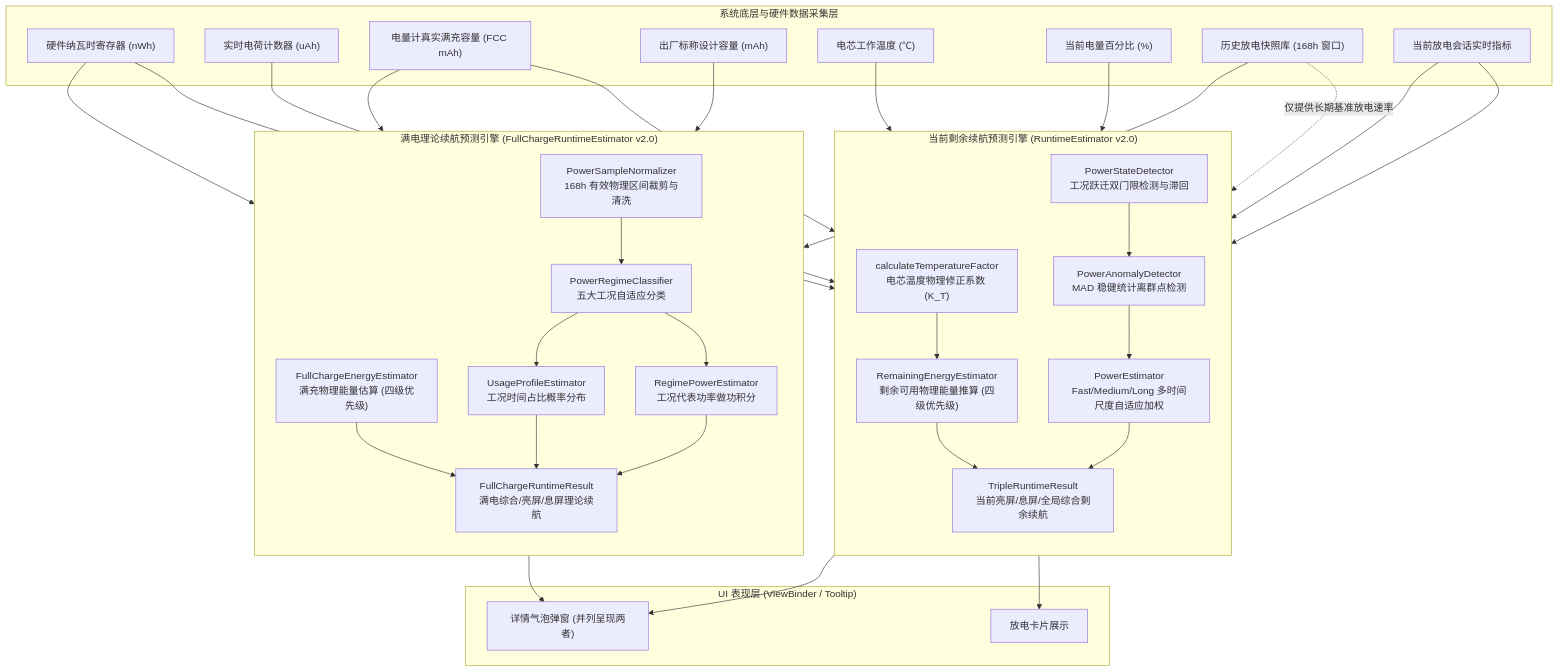
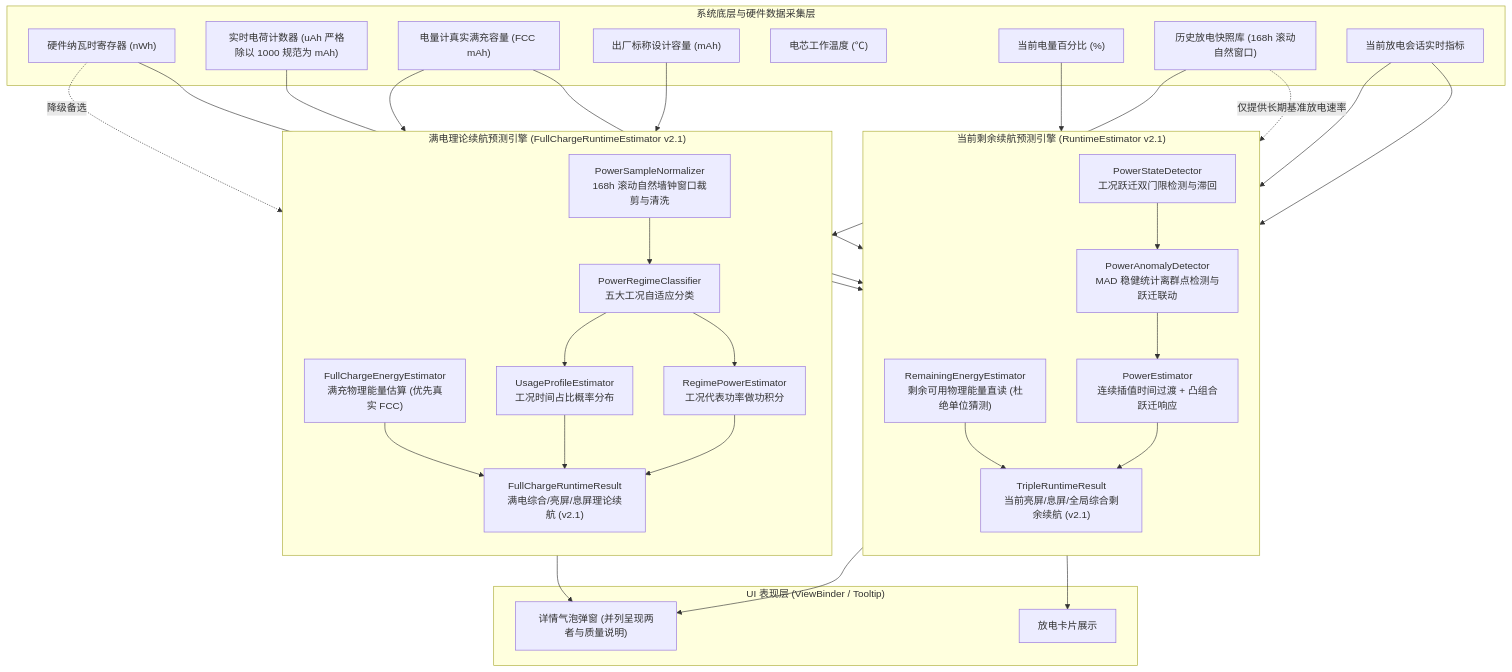
One commit to Megu-Xm1kah/Battery changed the diagram in docs/BATTERY_RUNTIME_ALGORITHM_SPECIFICATION.md. Above: the diagram before and after it, drawn with Mermaid. The commit also changed other lines of this file and 32 other files, not shown here.

````diff
--- a/docs/BATTERY_RUNTIME_ALGORITHM_SPECIFICATION.md
+++ b/docs/BATTERY_RUNTIME_ALGORITHM_SPECIFICATION.md
@@ -31,64 +31,61 @@
 ```mermaid
 flowchart TD
     subgraph DataSources["系统底层与硬件数据采集层"]
         NativeWh["硬件纳瓦时寄存器 (nWh)"]
-        ChargeCounter["实时电荷计数器 (uAh)"]
+        ChargeCounter["实时电荷计数器 (uAh 严格除以 1000 规范为 mAh)"]
         SysFCC["电量计真实满充容量 (FCC mAh)"]
         DesignCap["出厂标称设计容量 (mAh)"]
         BattTemp["电芯工作温度 (℃)"]
         BattLevel["当前电量百分比 (%)"]
-        DischargeRecords["历史放电快照库 (168h 窗口)"]
+        DischargeRecords["历史放电快照库 (168h 滚动自然窗口)"]
         CurrentSession["当前放电会话实时指标"]
     end
 
-    subgraph FullChargeBranch["满电理论续航预测引擎 (FullChargeRuntimeEstimator v2.0)"]
+    subgraph FullChargeBranch["满电理论续航预测引擎 (FullChargeRuntimeEstimator v2.1)"]
         direction TB
-        F1["FullChargeEnergyEstimator<br/>满充物理能量估算 (四级优先级)"]
-        F2["PowerSampleNormalizer<br/>168h 有效物理区间裁剪与清洗"]
+        F1["FullChargeEnergyEstimator<br/>满充物理能量估算 (优先真实 FCC)"]
+        F2["PowerSampleNormalizer<br/>168h 滚动自然墙钟窗口裁剪与清洗"]
         F3["PowerRegimeClassifier<br/>五大工况自适应分类"]
         F4["UsageProfileEstimator<br/>工况时间占比概率分布"]
         F5["RegimePowerEstimator<br/>工况代表功率做功积分"]
-        F6["FullChargeRuntimeResult<br/>满电综合/亮屏/息屏理论续航"]
+        F6["FullChargeRuntimeResult<br/>满电综合/亮屏/息屏理论续航 (v2.1)"]
         
         F1 --> F6
         F2 --> F3 --> F4 --> F6
         F3 --> F5 --> F6
     end
 
-    subgraph RemainingBranch["当前剩余续航预测引擎 (RuntimeEstimator v2.0)"]
+    subgraph RemainingBranch["当前剩余续航预测引擎 (RuntimeEstimator v2.1)"]
         direction TB
-        R1["RemainingEnergyEstimator<br/>剩余可用物理能量推算 (四级优先级)"]
-        R2["calculateTemperatureFactor<br/>电芯温度物理修正系数 (K_T)"]
-        R3["PowerStateDetector<br/>工况跃迁双门限检测与滞回"]
-        R4["PowerAnomalyDetector<br/>MAD 稳健统计离群点检测"]
-        R5["PowerEstimator<br/>Fast/Medium/Long 多时间尺度自适应加权"]
-        R6["TripleRuntimeResult<br/>当前亮屏/息屏/全局综合剩余续航"]
+        R1["RemainingEnergyEstimator<br/>剩余可用物理能量直读 (杜绝单位猜测)"]
+        R2["PowerStateDetector<br/>工况跃迁双门限检测与滞回"]
+        R3["PowerAnomalyDetector<br/>MAD 稳健统计离群点检测与跃迁联动"]
+        R4["PowerEstimator<br/>连续插值时间过渡 + 凸组合跃迁响应"]
+        R5["TripleRuntimeResult<br/>当前亮屏/息屏/全局综合剩余续航 (v2.1)"]
         
-        R1 --> R6
-        R2 --> R1
-        R3 --> R4 --> R5 --> R6
+        R1 --> R5
+        R2 --> R3 --> R4 --> R5
     end
 
-    NativeWh --> F1
     SysFCC --> F1
     DesignCap --> F1
+    NativeWh -.->|"降级备选"| F1
     DischargeRecords --> F2
 
     NativeWh --> R1
     ChargeCounter --> R1
     SysFCC --> R1
     BattLevel --> R1
-    BattTemp --> R2
-    CurrentSession --> R3
-    CurrentSession --> R5
-    DischargeRecords -.->|"仅提供长期基准放电速率"| R5
+    CurrentSession --> R2
+    CurrentSession --> R4
+    DischargeRecords -.->|"仅提供长期基准放电速率"| R4
 
     subgraph Presentation["UI 表现层 (ViewBinder / Tooltip)"]
         CardUI["放电卡片展示"]
-        DetailTooltip["详情气泡弹窗 (并列呈现两者)"]
+        DetailTooltip["详情气泡弹窗 (并列呈现两者与质量说明)"]
     end
 
     F6 --> DetailTooltip
-    R6 --> CardUI
-    R6 --> DetailTooltip
+    R5 --> CardUI
+    R5 --> DetailTooltip
 ```
````
